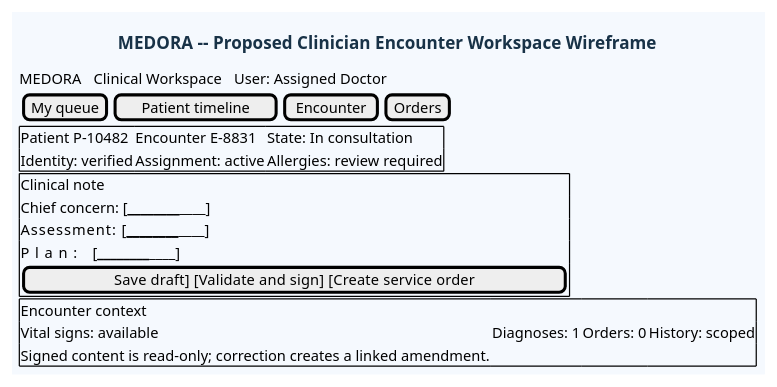
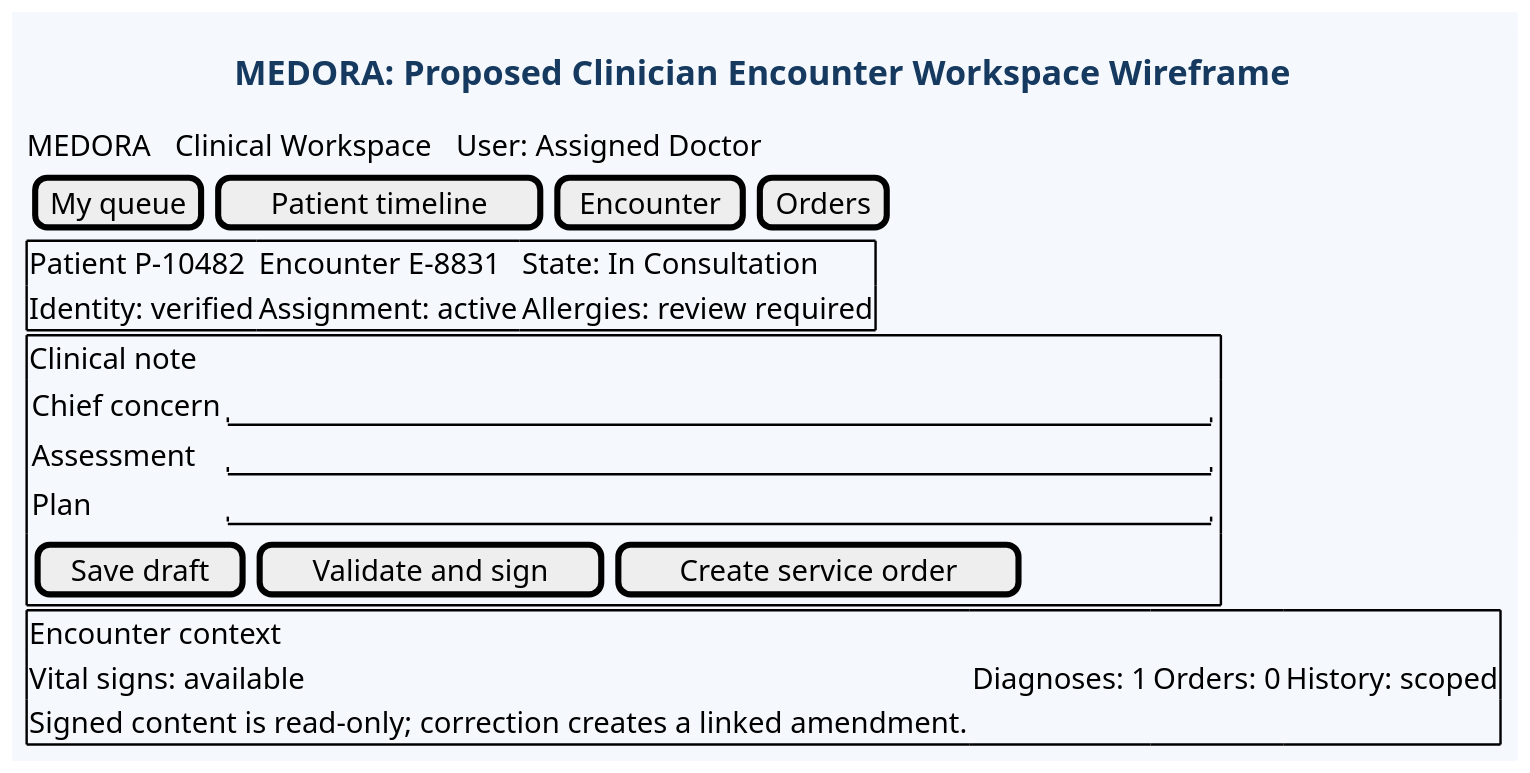
Before and after one commit to DucDung-1107/SysDes_2026.1_Group_08: the diagram in doc/asset/05-behavioral-modeling-implementation/ui-api-evidence/ui/code/clinician-encounter-wireframe.puml, drawn with PlantUML. The commit also changed 79 other files, not shown here.

```diff
--- a/doc/asset/05-behavioral-modeling-implementation/ui-api-evidence/ui/code/clinician-encounter-wireframe.puml
+++ b/doc/asset/05-behavioral-modeling-implementation/ui-api-evidence/ui/code/clinician-encounter-wireframe.puml
@@ -1,28 +1,33 @@
 @startsalt
-title MEDORA -- Proposed Clinician Encounter Workspace Wireframe
+title MEDORA: Proposed Clinician Encounter Workspace Wireframe
+skinparam shadowing false
 skinparam backgroundColor #F5F9FE
 skinparam defaultFontName Arial
 skinparam defaultFontColor #183247
+skinparam titleFontColor #163A5F
+skinparam dpi 192
 {
   {T
     MEDORA  | Clinical Workspace  |  User: Assigned Doctor
   }
   { [My queue] | [Patient timeline] | [Encounter] | [Orders] }
   {+
-    Patient P-10482  | Encounter E-8831  | State: In consultation
+    Patient P-10482  | Encounter E-8831  | State: In Consultation
     Identity: verified  | Assignment: active  | Allergies: review required
   }
   {+
     Clinical note
-    Chief concern: [____________________________________________]
-    Assessment:    [____________________________________________]
-    Plan:          [____________________________________________]
-    [Save draft]  [Validate and sign]  [Create service order]
+    {
+      Chief concern | "                                                  "
+      Assessment | "                                                  "
+      Plan | "                                                  "
+    }
+    { [Save draft] | [Validate and sign] | [Create service order] }
   }
   {+
     Encounter context
     Vital signs: available  |  Diagnoses: 1  |  Orders: 0  |  History: scoped
     Signed content is read-only; correction creates a linked amendment.
   }
 }
 @endsalt
```
